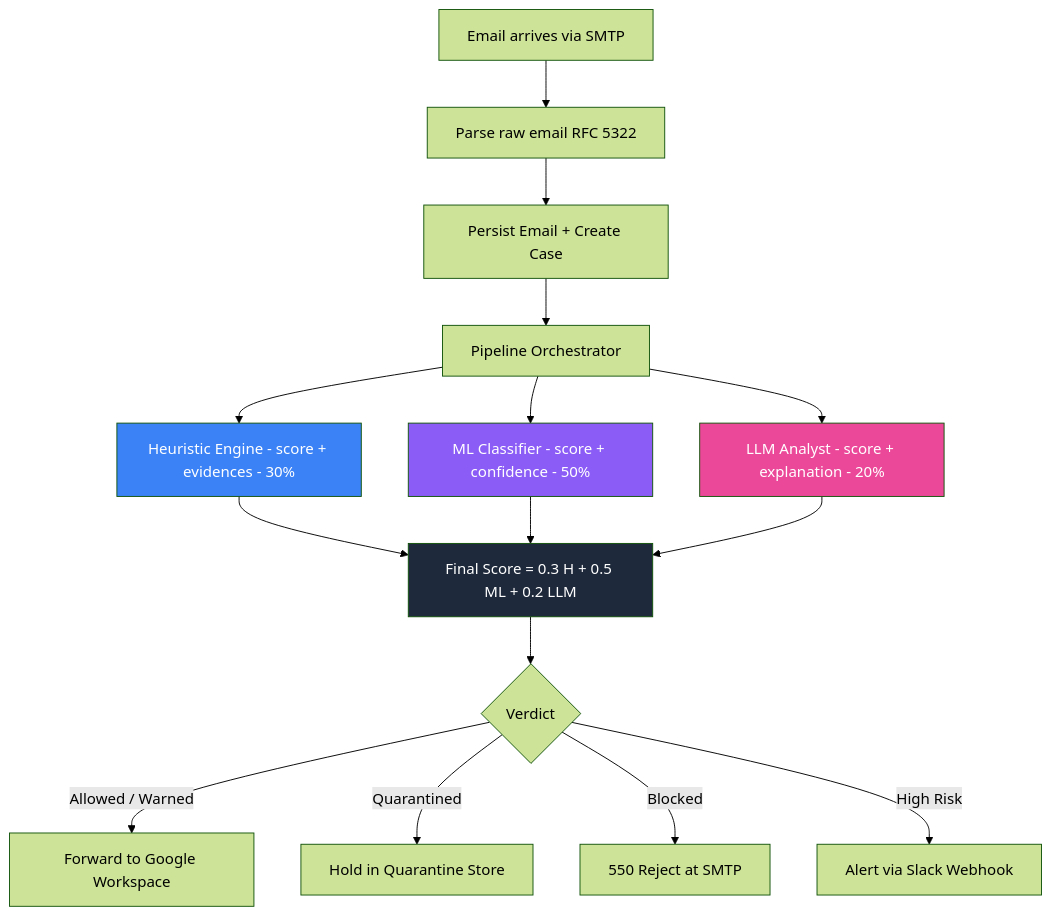
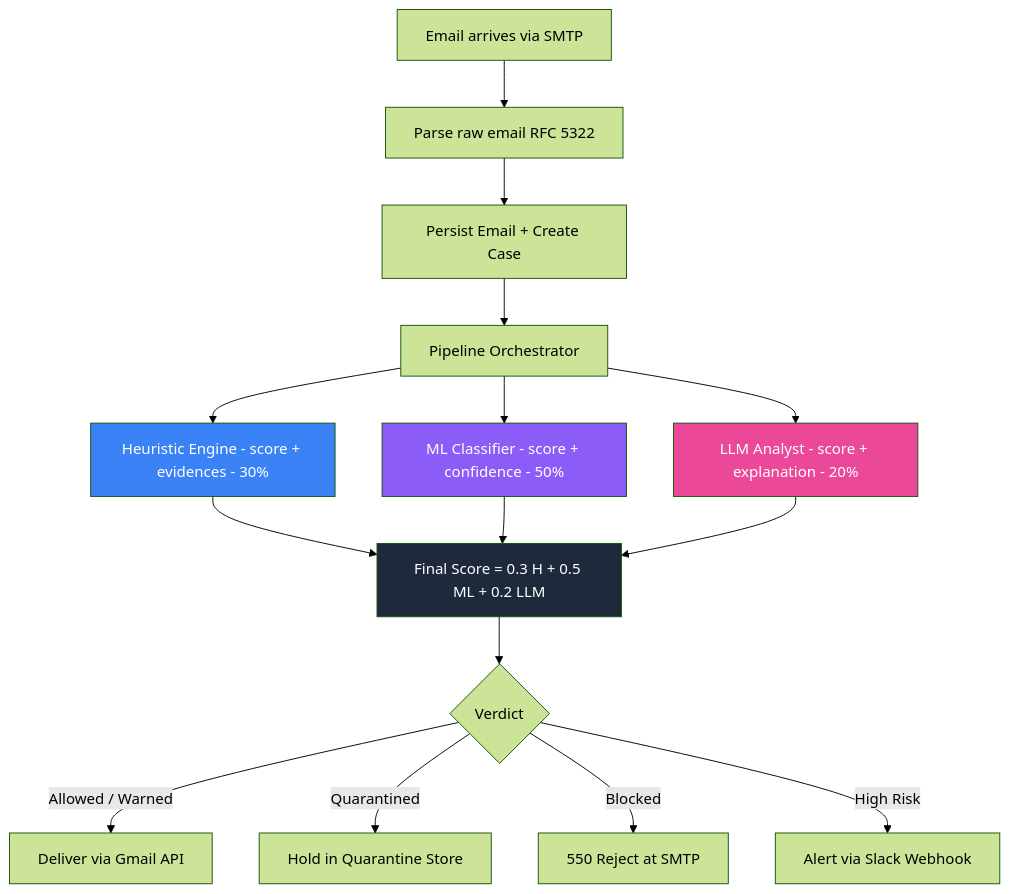
The third of 8 diagrams in docs/ARCHITECTURE.md (sogliano/guardia), drawn with Mermaid (forest theme) before and after one commit. The commit also changed other lines of this file and 32 other files, not shown here.

First line of the commit message:
Gmail API delivery, internal API, quarantine release flow (#11)

````diff
--- a/docs/ARCHITECTURE.md
+++ b/docs/ARCHITECTURE.md
@@ -118,25 +118,25 @@
 ```mermaid
 flowchart TD
     A["Email arrives via SMTP"] --> B["Parse raw email RFC 5322"]
     B --> C["Persist Email + Create Case"]
     C --> D["Pipeline Orchestrator"]
 
     D --> E["Heuristic Engine - score + evidences - 30%"]
     D --> F["ML Classifier - score + confidence - 50%"]
     D --> G["LLM Analyst - score + explanation - 20%"]
 
     E --> H["Final Score = 0.3 H + 0.5 ML + 0.2 LLM"]
     F --> H
     G --> H
 
     H --> I{"Verdict"}
-    I -->|"Allowed / Warned"| J["Forward to Google Workspace"]
+    I -->|"Allowed / Warned"| J["Deliver via Gmail API"]
     I -->|"Quarantined"| K["Hold in Quarantine Store"]
     I -->|"Blocked"| L["550 Reject at SMTP"]
     I -->|"High Risk"| M["Alert via Slack Webhook"]
 
     style E fill:#3b82f6,color:#fff
     style F fill:#8b5cf6,color:#fff
     style G fill:#ec4899,color:#fff
     style H fill:#1e293b,color:#fff
 ```
````
